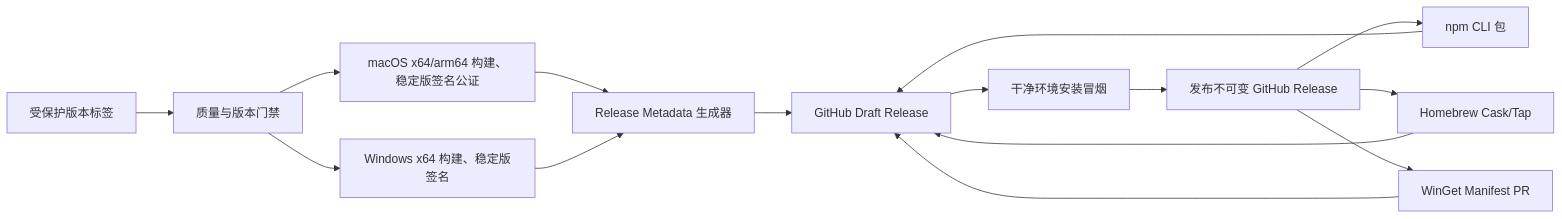
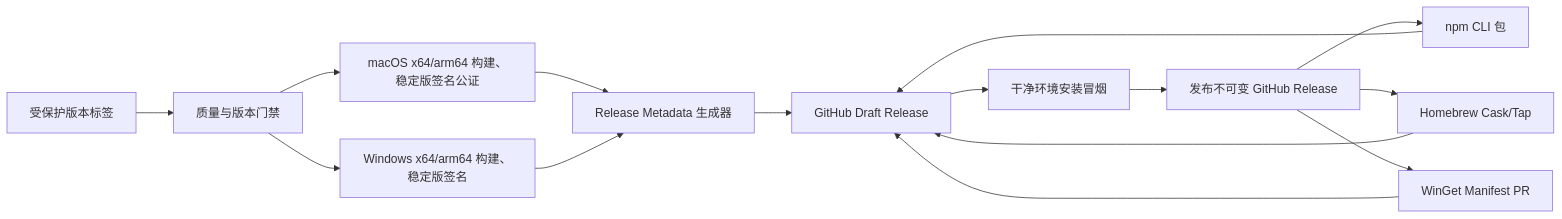
Before and after one commit to estelwalks/aitracker: the diagram in docs/design/aitracker-架构设计文档.md, drawn with Mermaid. The commit also changed other lines of this file and 21 other files, not shown here.

First line of the commit message:
feat(release): publish a Windows arm64 installer

````diff
--- a/docs/design/aitracker-架构设计文档.md
+++ b/docs/design/aitracker-架构设计文档.md
@@ -97,17 +97,17 @@
 ```mermaid
 flowchart LR
     Tag[受保护版本标签] --> Gate[质量与版本门禁]
     Gate --> Mac[macOS x64/arm64 构建、稳定版签名公证]
-    Gate --> Win[Windows x64 构建、稳定版签名]
+    Gate --> Win[Windows x64/arm64 构建、稳定版签名]
     Mac --> Meta[Release Metadata 生成器]
     Win --> Meta
     Meta --> GH[GitHub Draft Release]
     GH --> Smoke[干净环境安装冒烟]
     Smoke --> Publish[发布不可变 GitHub Release]
     Publish --> NPM[npm CLI 包]
     Publish --> Brew[Homebrew Cask/Tap]
     Publish --> Winget[WinGet Manifest PR]
     NPM --> GH
     Brew --> GH
     Winget --> GH
 ```
````
